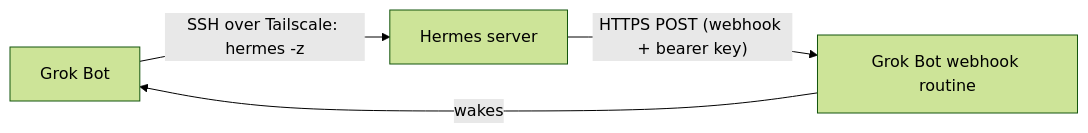
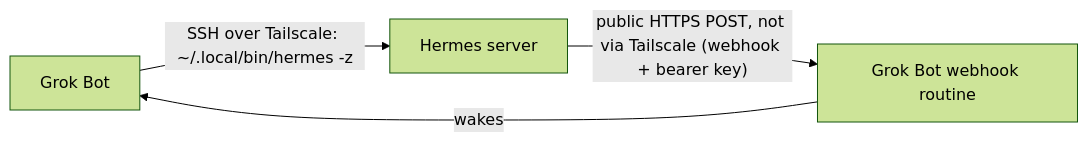
Before and after one commit to brbselling/grokbot-hermes-bridge: the diagram in README.md, drawn with Mermaid (forest theme). The commit also changed other lines of this file and 3 other files, not shown here.

Commit message:
Apply review corrections: full-path hermes CLI + quoting, webhook separate from Tailscale, health-check targets, backup/recovery note, qualified wording

````diff
--- a/README.md
+++ b/README.md
@@ -23,6 +23,6 @@
 ```mermaid
 flowchart LR
-  G[Grok Bot] -- "SSH over Tailscale: hermes -z" --> H[Hermes server]
-  H -- "HTTPS POST (webhook + bearer key)" --> W[Grok Bot webhook routine]
+  G[Grok Bot] -- "SSH over Tailscale: ~/.local/bin/hermes -z" --> H[Hermes server]
+  H -- "public HTTPS POST, not via Tailscale (webhook + bearer key)" --> W[Grok Bot webhook routine]
   W -- "wakes" --> G
 ```
````
